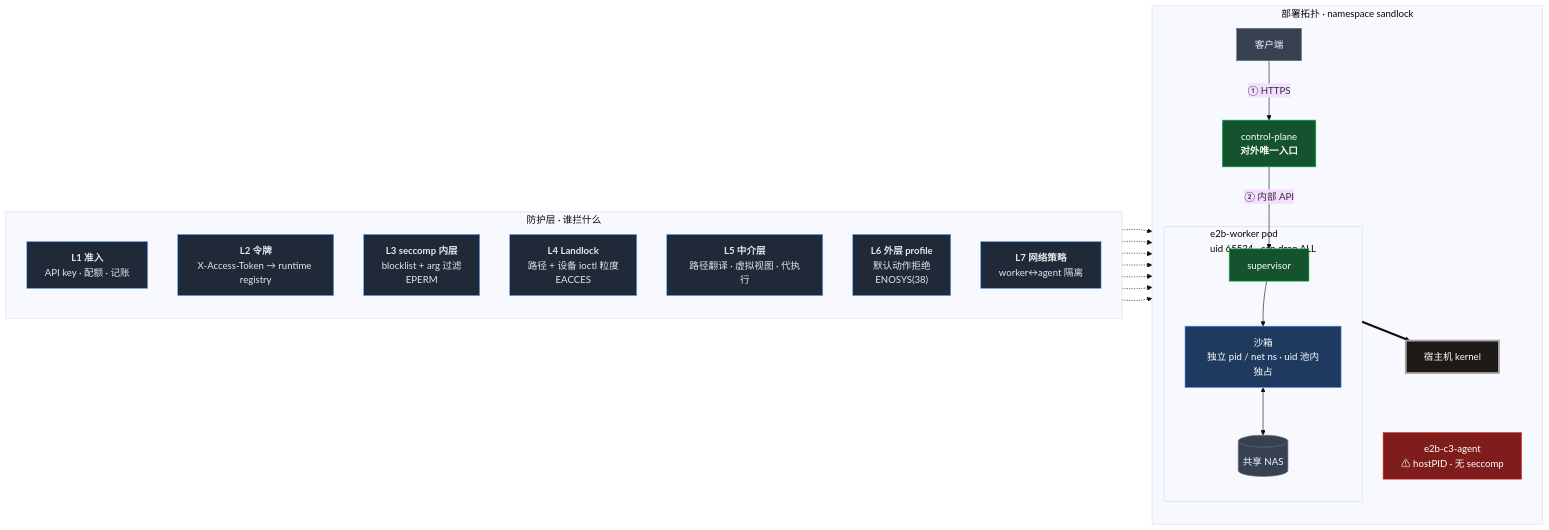
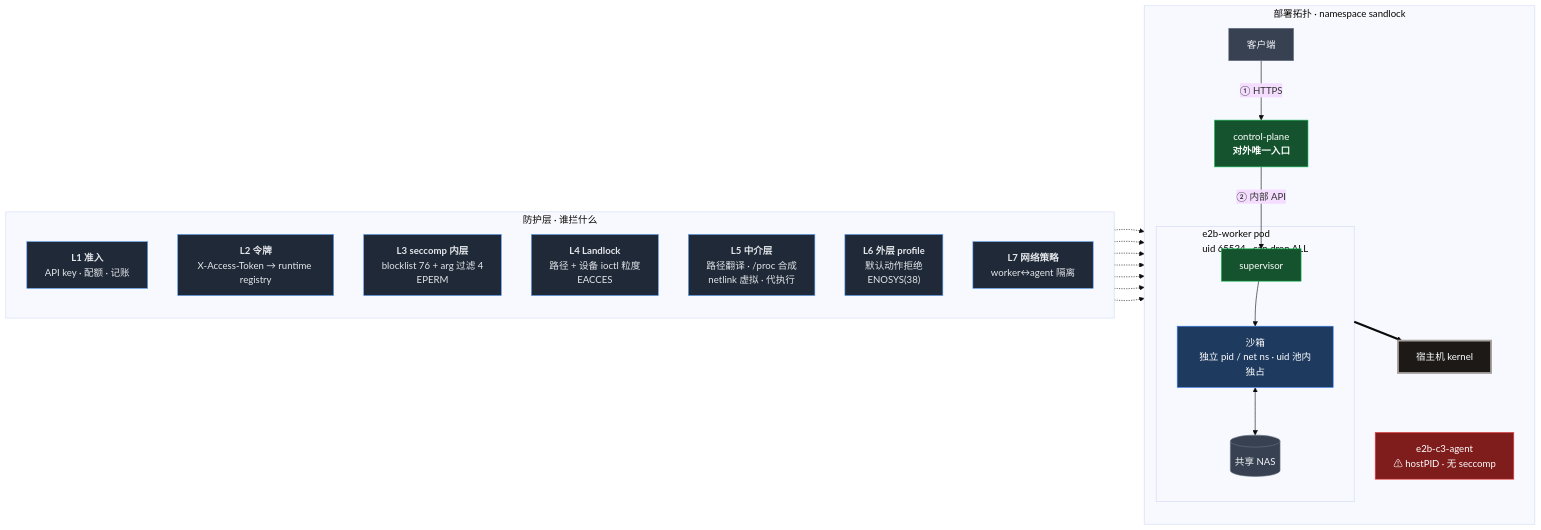
The diagram in docs/security-architecture.md (imhun/sandlock-e2b), drawn with Mermaid (base theme) before and after one commit. The commit also changed other lines of this file and 7 other files, not shown here.

````diff
--- a/docs/security-architecture.md
+++ b/docs/security-architecture.md
@@ -10,56 +11,56 @@
 ```mermaid
 flowchart LR
     subgraph DEF["防护层 · 谁拦什么"]
         direction TB
         L1["<b>L1 准入</b><br/>API key · 配额 · 记账"]
         L2["<b>L2 令牌</b><br/>X-Access-Token → runtime registry"]
-        L3["<b>L3 seccomp 内层</b><br/>blocklist + arg 过滤<br/>EPERM"]
+        L3["<b>L3 seccomp 内层</b><br/>blocklist 76 + arg 过滤 4<br/>EPERM"]
         L4["<b>L4 Landlock</b><br/>路径 + 设备 ioctl 粒度<br/>EACCES"]
-        L5["<b>L5 中介层</b><br/>路径翻译 · 虚拟视图 · 代执行"]
+        L5["<b>L5 中介层</b><br/>路径翻译 · /proc 合成<br/>netlink 虚拟 · 代执行"]
         L6["<b>L6 外层 profile</b><br/>默认动作拒绝<br/>ENOSYS(38)"]
         L7["<b>L7 网络策略</b><br/>worker↔agent 隔离"]
     end
 
     subgraph TOPO["部署拓扑 · namespace sandlock"]
         direction TB
         C["客户端"]
         GW["control-plane<br/><b>对外唯一入口</b>"]
         subgraph WPOD["e2b-worker pod<br/>uid 65534 · cap drop ALL"]
             SUP["supervisor"]
             SBX["沙箱<br/>独立 pid / net ns · uid 池内独占"]
             NAS[("共享 NAS")]
             SUP --> SBX
             SBX <--> NAS
         end
         APOD["e2b-c3-agent<br/>⚠ hostPID · 无 seccomp"]
         HOST["宿主机 kernel"]
     end
 
     C -->|"① HTTPS"| GW
     GW -->|"② 内部 API"| SUP
     WPOD ==> HOST
 
     L1 -.-> GW
     L2 -.-> WPOD
     L3 -.-> SBX
     L4 -.-> SBX
     L5 -.-> SUP
     L6 -.-> WPOD
     L7 -.-> APOD
 
     classDef layer fill:#1f2937,stroke:#60a5fa,color:#e5e7eb
     classDef svc fill:#14532d,stroke:#22c55e,color:#fff
     classDef sbx fill:#78350f,stroke:#f59e0b,color:#fff
     classDef agent fill:#7f1d1d,stroke:#ef4444,color:#fff
     classDef host fill:#1c1917,stroke:#a8a29e,stroke-width:3px,color:#fff
     classDef store fill:#374151,stroke:#6b7280,color:#f3f4f6
     classDef guard fill:#1e3a5f,stroke:#3b82f6,color:#fff
     classDef client fill:#374151,stroke:#6b7280,color:#f3f4f6
     class L1,L2,L3,L4,L5,L6,L7 layer
     class GW,SUP svc
     class APOD agent
     class HOST host
     class NAS store
     class SBX guard
     class C client
 ```
````
